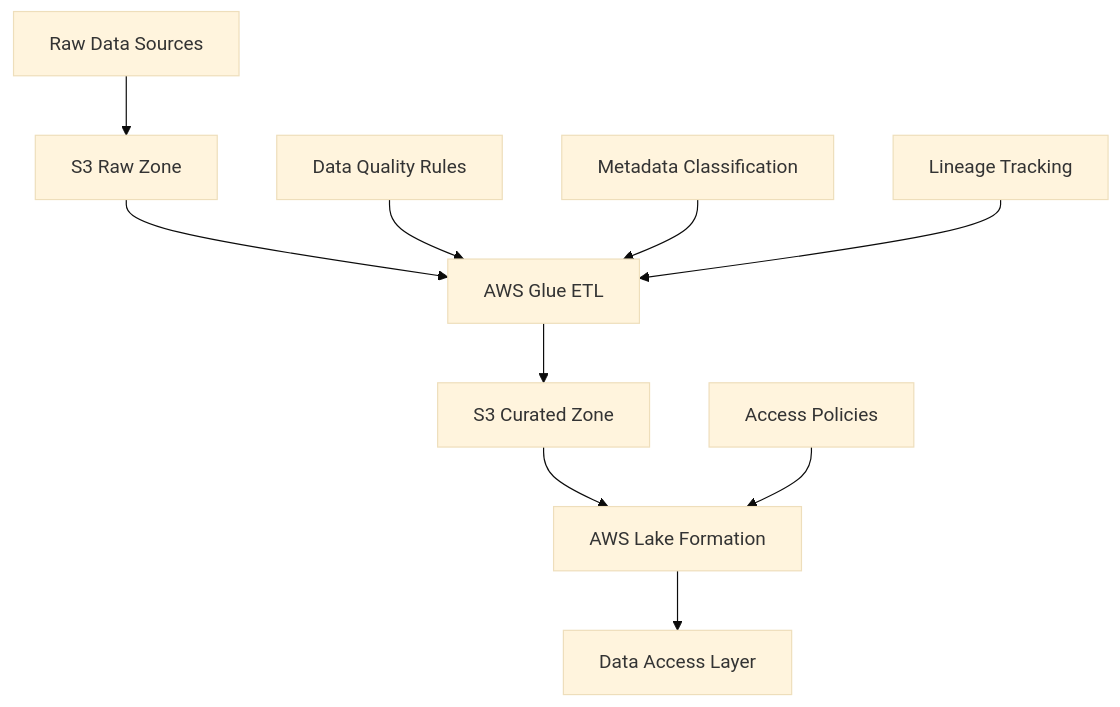
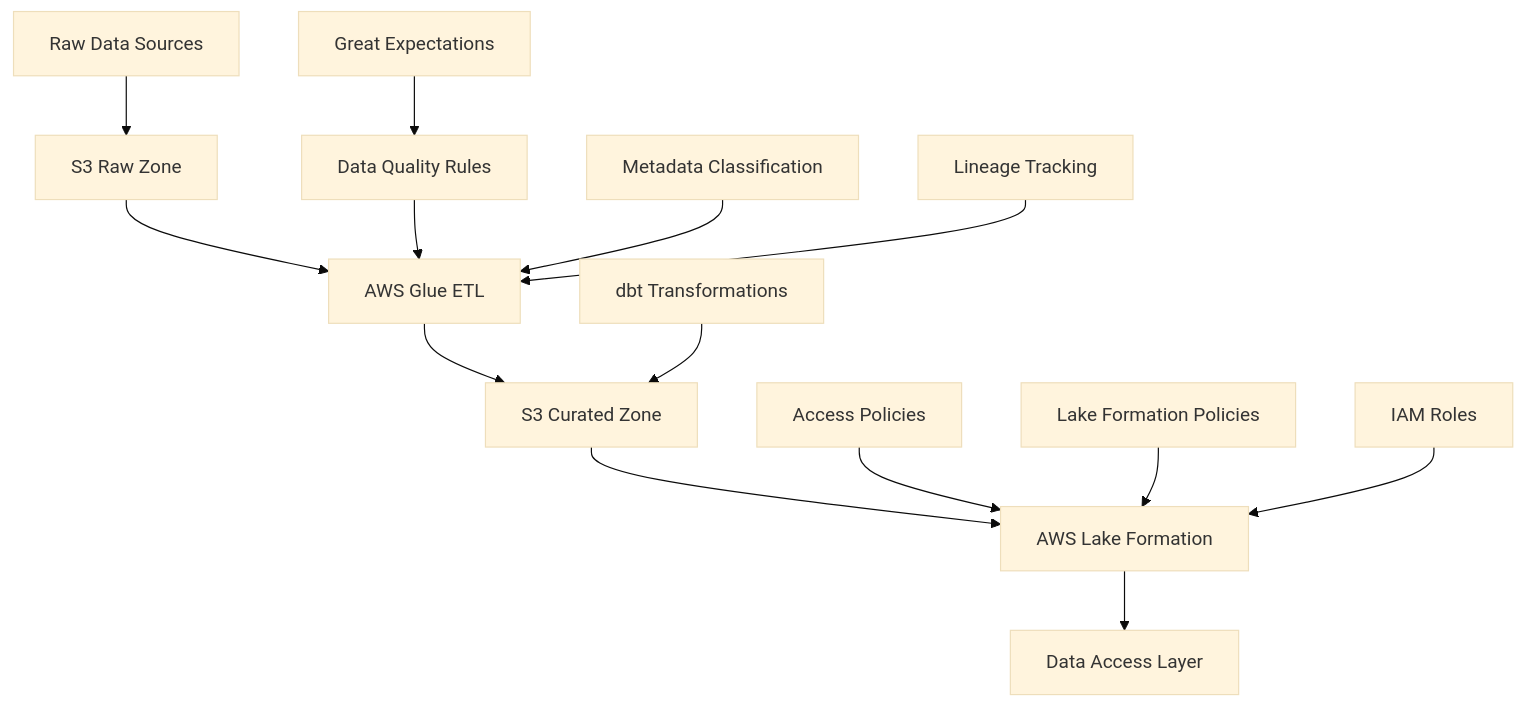
The diagram in README.md (dilli-data/Data-Governance-Framework), drawn with Mermaid (base theme) before and after one commit. The commit also changed other lines of this file and 27 other files, not shown here.

````diff
--- a/README.md
+++ b/README.md
@@ -10,13 +10,18 @@
 ```mermaid
 graph TD
     A[Raw Data Sources] --> B[S3 Raw Zone]
     B --> C[AWS Glue ETL]
     C --> D[S3 Curated Zone]
     D --> E[AWS Lake Formation]
     E --> F[Data Access Layer]
     
     G[Data Quality Rules] --> C
     H[Access Policies] --> E
     I[Metadata Classification] --> C
     J[Lineage Tracking] --> C
+    
+    K[dbt Transformations] --> D
+    L[Great Expectations] --> G
+    M[Lake Formation Policies] --> E
+    N[IAM Roles] --> E
 ```
````
